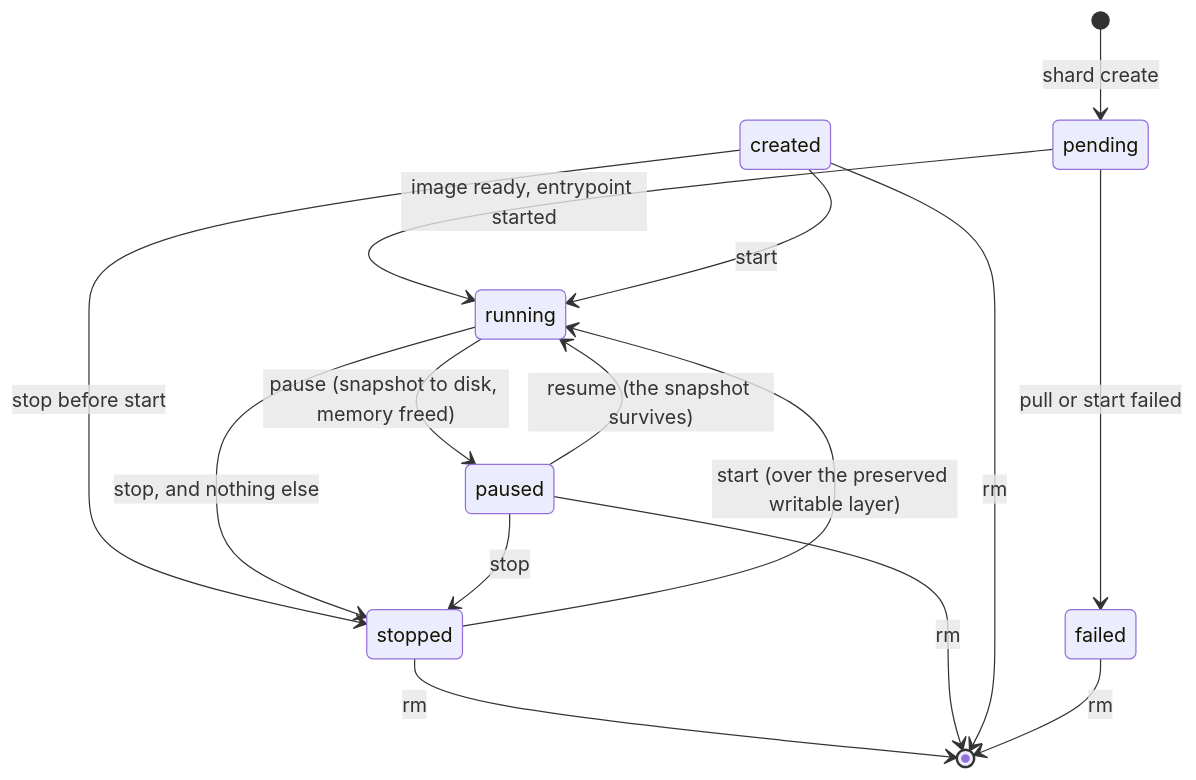
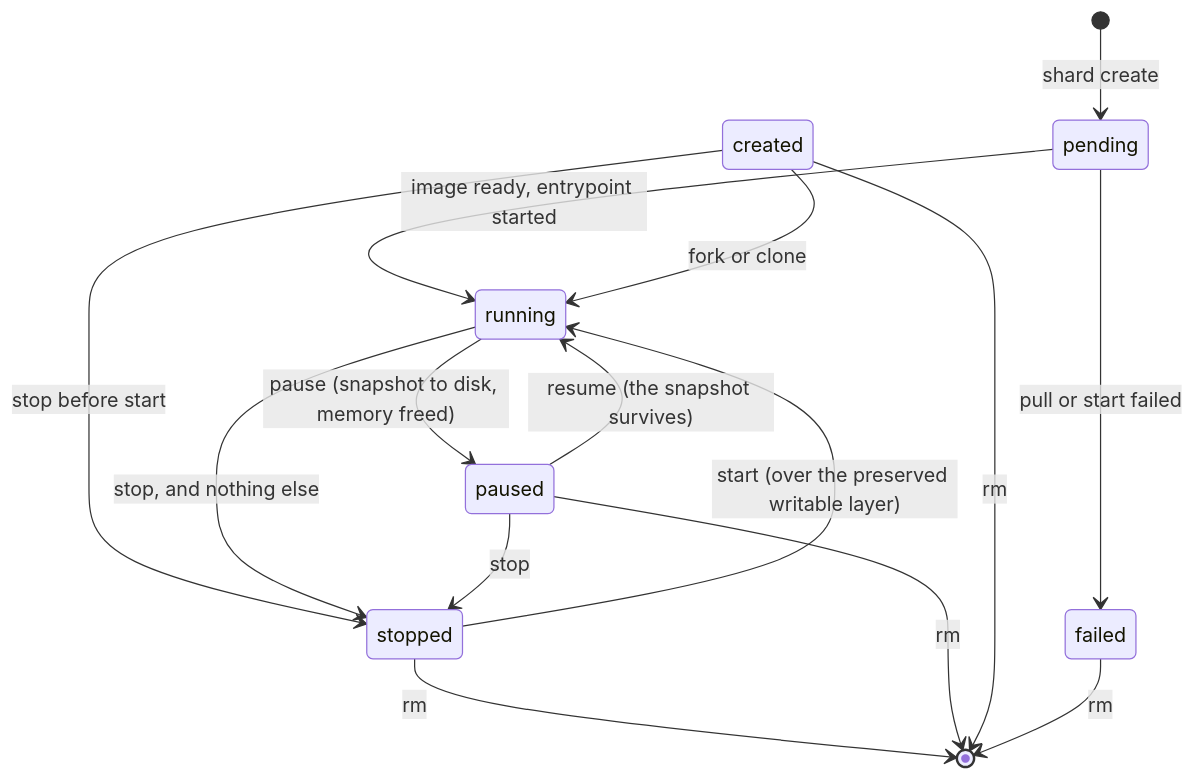
The diagram in docs/state-machine.md (presmihaylov/shard), drawn with Mermaid before and after one commit. The commit also changed other lines of this file and 2 other files, not shown here.

First paragraph of the commit message:
SHARD-206: correct three doc and comment wordings (#151)
* Move the token verbs under shard tokens

````diff
--- a/docs/state-machine.md
+++ b/docs/state-machine.md
@@ -5,17 +5,17 @@
 ```mermaid
 stateDiagram-v2
     [*] --> pending: shard create
     pending --> running: image ready, entrypoint started
     pending --> failed: pull or start failed
-    created --> running: start
+    created --> running: fork or clone
     created --> stopped: stop before start
     running --> paused: pause (snapshot to disk, memory freed)
     running --> stopped: stop, and nothing else
     paused --> running: resume (the snapshot survives)
     paused --> stopped: stop
     stopped --> running: start (over the preserved writable layer)
     stopped --> [*]: rm
     paused --> [*]: rm
     created --> [*]: rm
     failed --> [*]: rm
 ```
````
